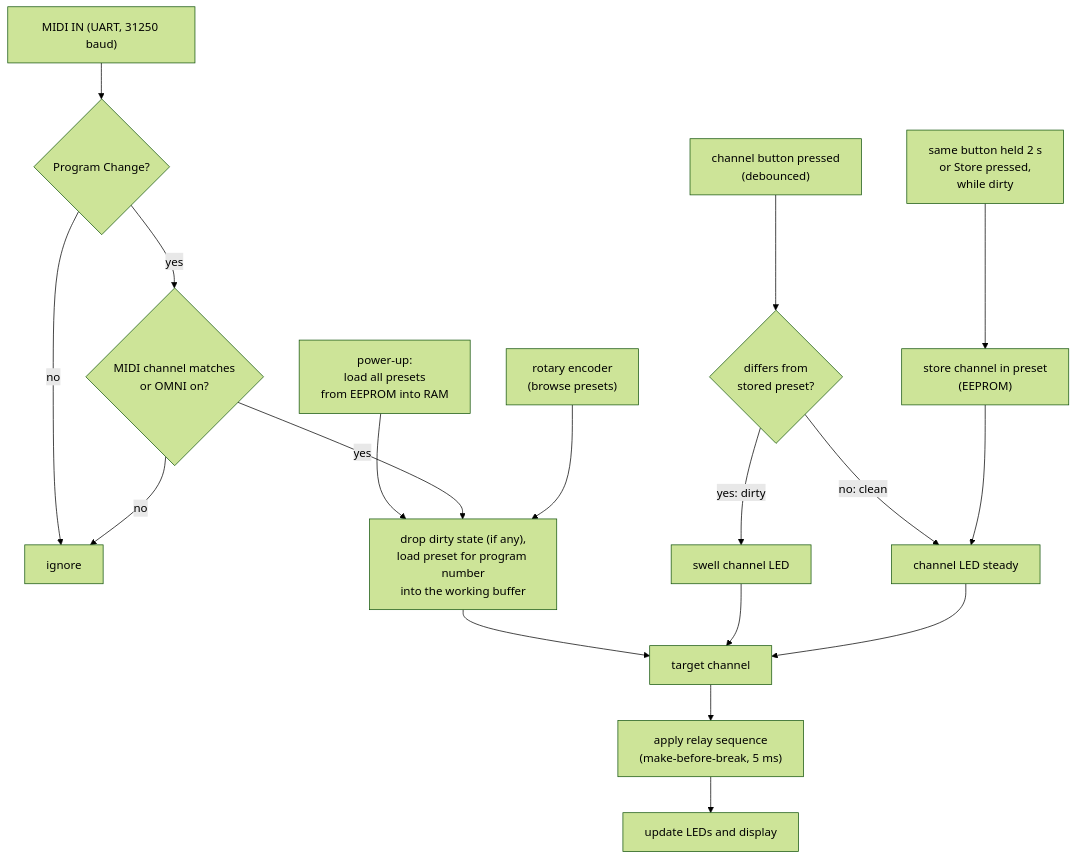
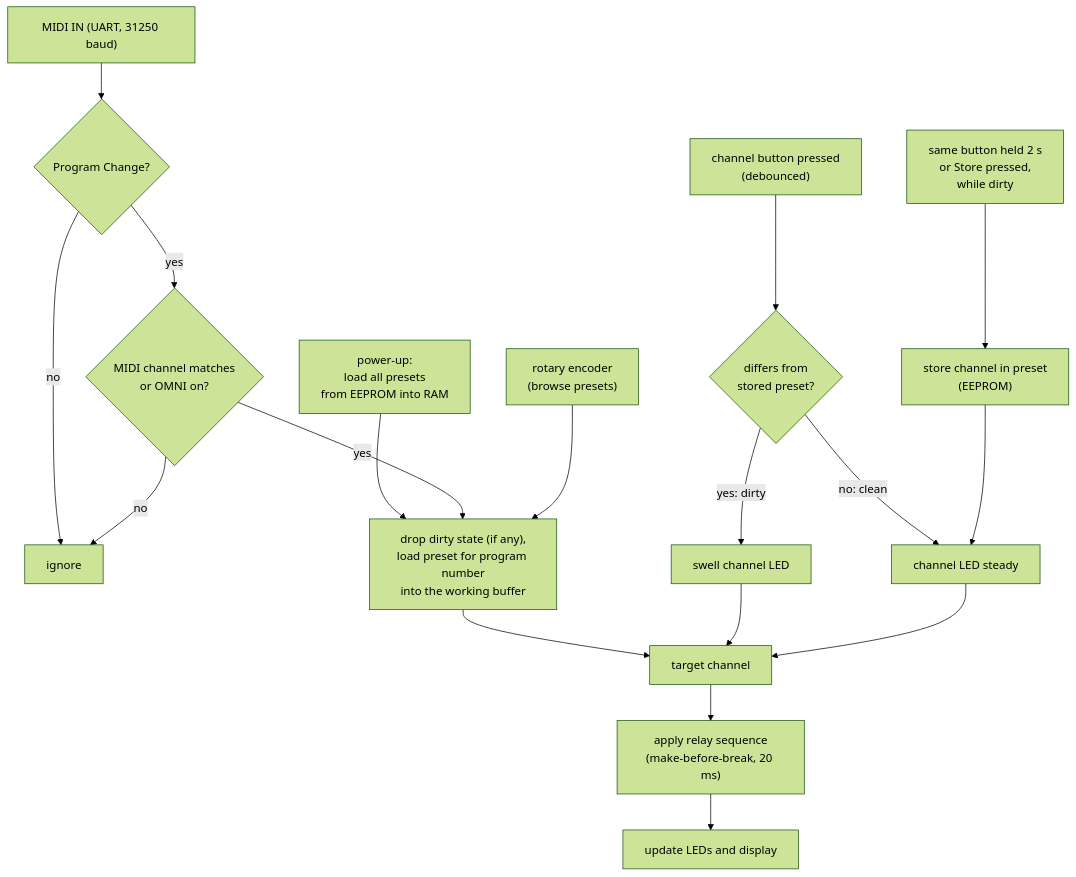
Before and after one commit to marc-bojarzin/fenderswitch: the second of 2 diagrams in README.md, drawn with Mermaid (forest theme). The commit also changed other lines of this file and 13 other files, not shown here.

````diff
--- a/README.md
+++ b/README.md
@@ -236,21 +267,21 @@
 ```mermaid
 flowchart TD
     MIDI["MIDI IN (UART, 31250 baud)"] --> PC{"Program Change?"}
     PC -- no --> Ignore["ignore"]
     PC -- yes --> CH{"MIDI channel matches<br>or OMNI on?"}
     CH -- no --> Ignore
     Boot["power-up:<br>load all presets<br>from EEPROM into RAM"] --> Load
     CH -- yes --> Load["drop dirty state (if any),<br>load preset for program number<br>into the working buffer"]
     Enc["rotary encoder<br>(browse presets)"] --> Load
     Load --> Mode["target channel"]
-    Mode --> Apply["apply relay sequence<br>(make-before-break, 5 ms)"]
+    Mode --> Apply["apply relay sequence<br>(make-before-break, 20 ms)"]
     Apply --> UI["update LEDs and display"]
 
     Btn["channel button pressed<br>(debounced)"] --> Diff{"differs from<br>stored preset?"}
     Diff -- "yes: dirty" --> Blink["swell channel LED"]
     Diff -- "no: clean" --> Steady["channel LED steady"]
     Blink --> Mode
     Steady --> Mode
     Hold["same button held 2 s<br>or Store pressed,<br>while dirty"] --> Store["store channel in preset<br>(EEPROM)"]
     Store --> Steady
 ```
````
